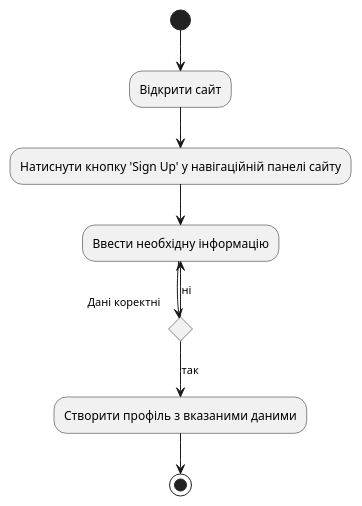
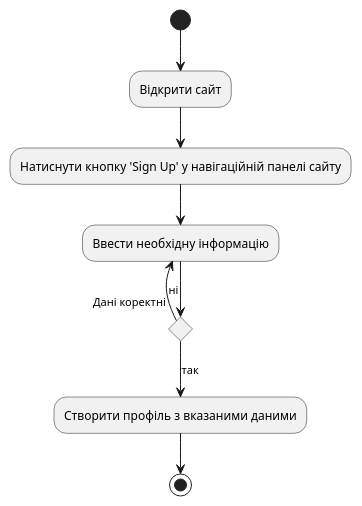
One commit to carexoid/se-lab changed the diagram in doc/ux/taskflow/NU2.puml. Above: the diagram before and after it, drawn with PlantUML. The commit also changed 5 other files, not shown here.

```diff
--- a/doc/ux/taskflow/NU2.puml
+++ b/doc/ux/taskflow/NU2.puml
@@ -1,12 +1,12 @@
 @startuml NU2
 (*) --> "Відкрити сайт"
 --> "Натиснути кнопку 'Sign Up' у навігаційній панелі сайту"
 --> "Ввести необхідну інформацію"
 if "Дані коректні" then
     -->[так]"Створити профіль з вказаними даними"
     --> (*)
 else
-    -->[ні] "Ввести необхідну інформацію"
+    -left->[ні] "Ввести необхідну інформацію"
 endif
 
 @enduml
```
